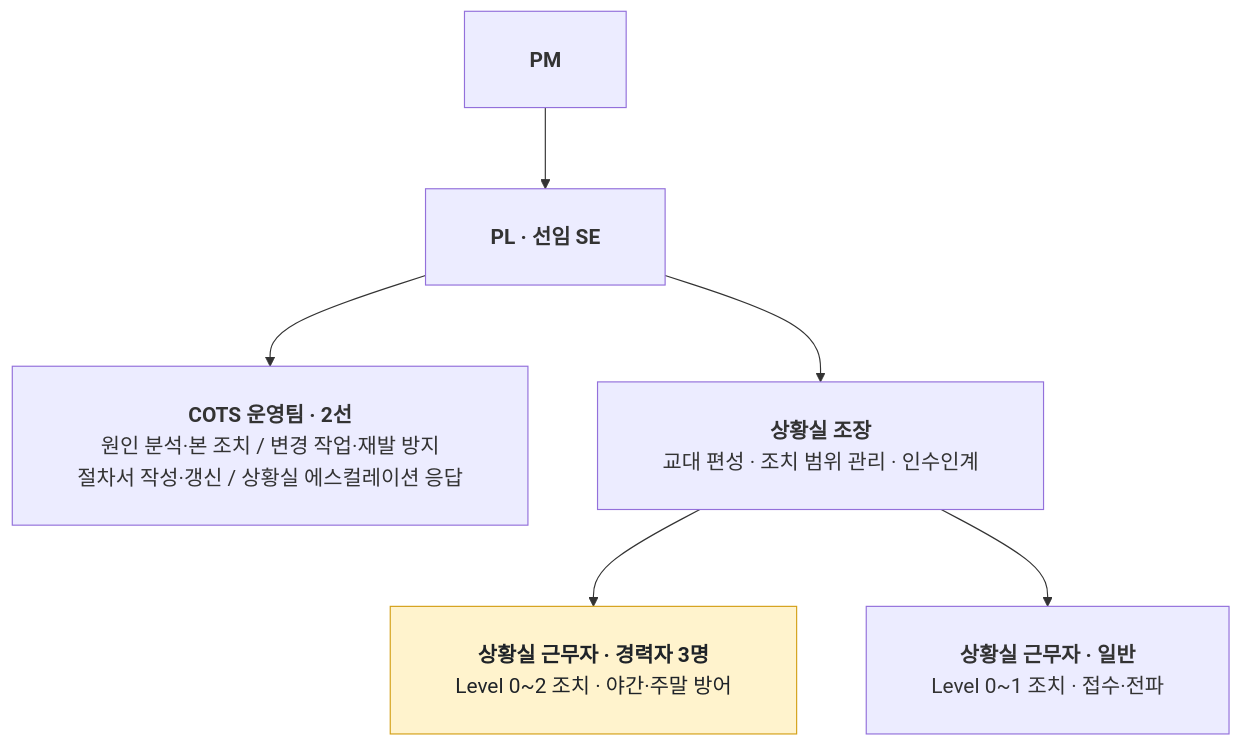
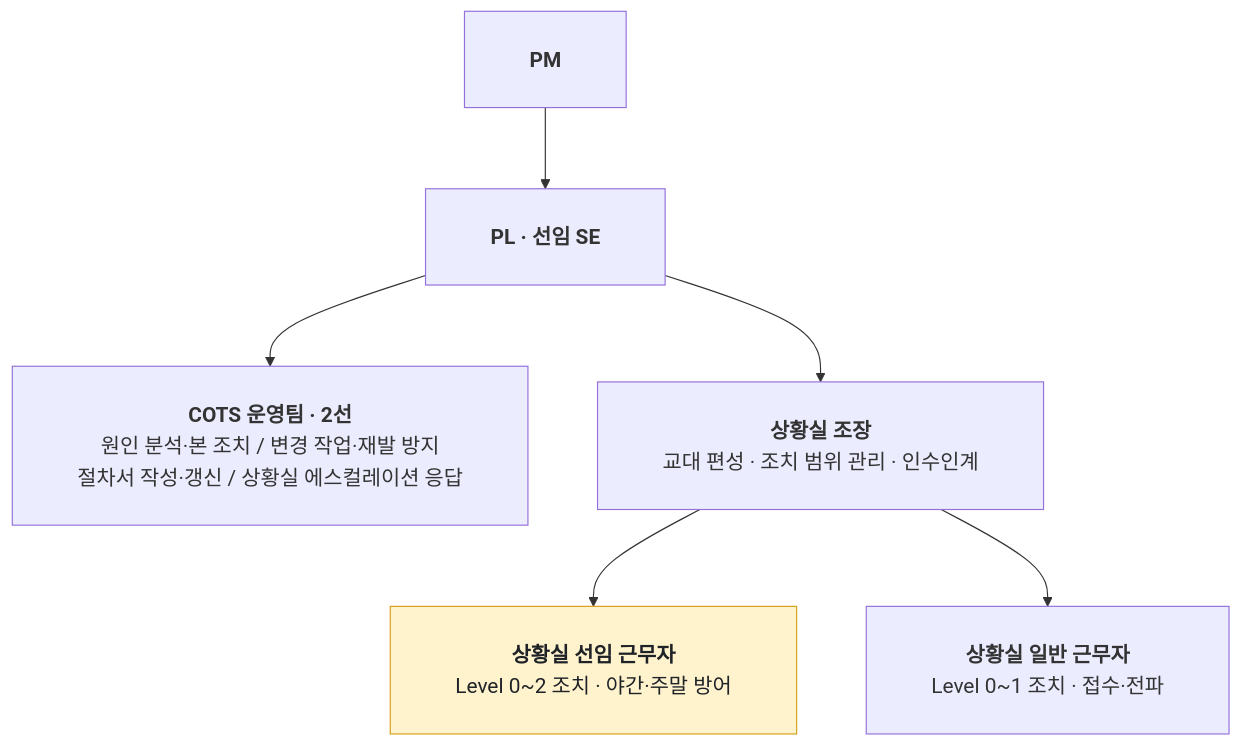
One commit to HuntKim/DL_Boss changed the first of 2 diagrams in Report/2026/COTS운영팀_상황실_운영_RnR_정의서_v0.1.md. Above: the diagram before and after it, drawn with Mermaid. The commit also changed other lines of this file, not shown here.

````diff
--- a/Report/2026/COTS운영팀_상황실_운영_RnR_정의서_v0.1.md
+++ b/Report/2026/COTS운영팀_상황실_운영_RnR_정의서_v0.1.md
@@ -51,11 +51,11 @@
 ```mermaid
 %%{init: {"themeVariables":{"fontSize":"18px"},"flowchart":{"nodeSpacing":60,"rankSpacing":70,"padding":28,"wrappingWidth":460}}}%%
 flowchart TB
     PM["<b>PM</b>"] --> PLSE["<b>PL · 선임 SE</b>"]
     PLSE --> OPS["<b>COTS 운영팀 · 2선</b><br/>원인 분석·본 조치 / 변경 작업·재발 방지<br/>절차서 작성·갱신 / 상황실 에스컬레이션 응답"]
     PLSE --> LEAD["<b>상황실 조장</b><br/>교대 편성 · 조치 범위 관리 · 인수인계"]
-    LEAD --> SENIOR["<b>상황실 근무자 · 경력자 3명</b><br/>Level 0~2 조치 · 야간·주말 방어"]
-    LEAD --> JUNIOR["<b>상황실 근무자 · 일반</b><br/>Level 0~1 조치 · 접수·전파"]
+    LEAD --> SENIOR["<b>상황실 선임 근무자</b><br/>Level 0~2 조치 · 야간·주말 방어"]
+    LEAD --> JUNIOR["<b>상황실 일반 근무자</b><br/>Level 0~1 조치 · 접수·전파"]
     classDef senior fill:#fff3cd,stroke:#d4a017,color:#1f2328
     class SENIOR senior
 ```
````
